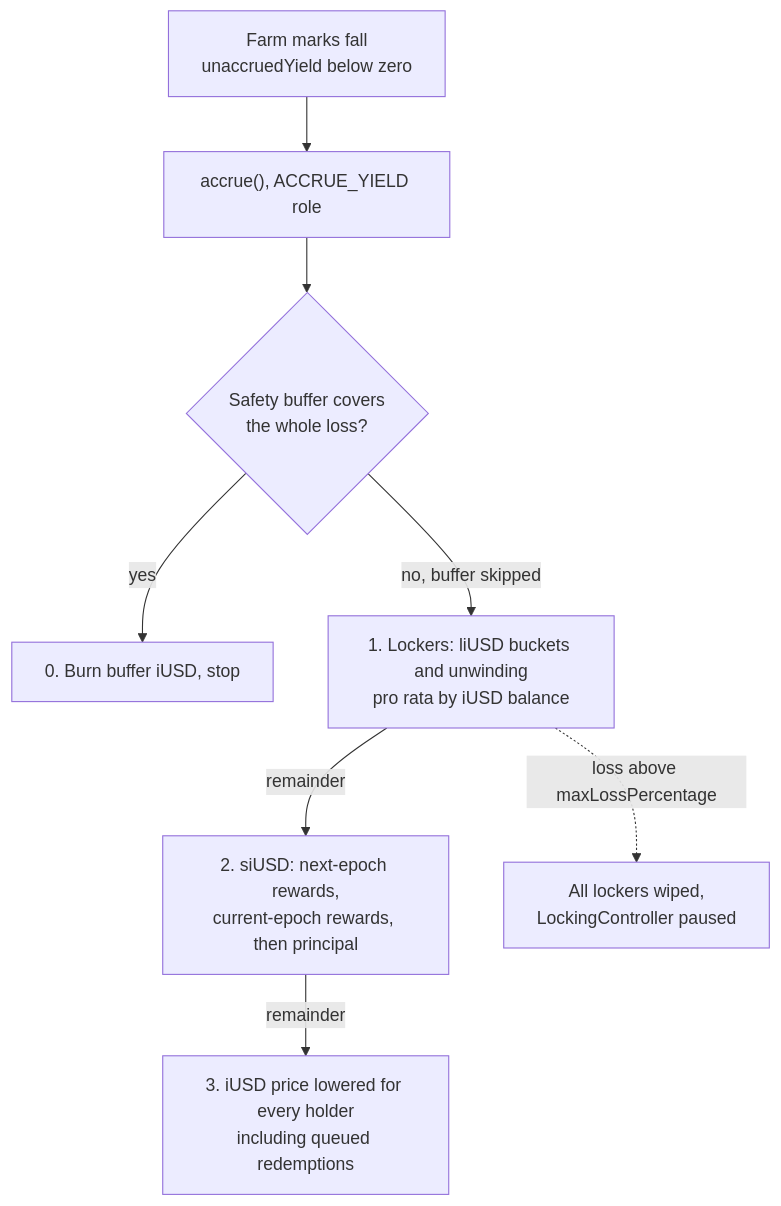
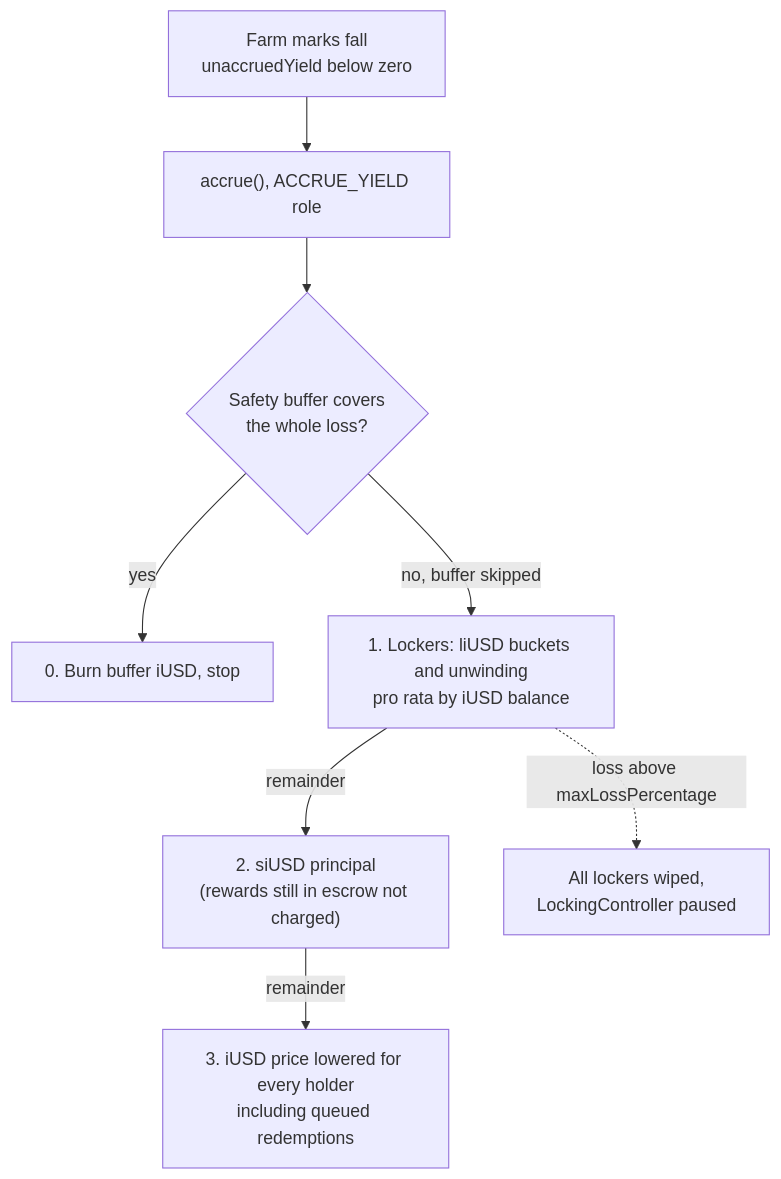
The second of 4 diagrams in _posts/2026-11-16-tranched-stablecoins-loss-waterfall.md (rya-sge/access-denied), drawn with Mermaid before and after one commit. The commit also changed other lines of this file and 57 other files, not shown here.

````diff
--- a/_posts/2026-11-16-tranched-stablecoins-loss-waterfall.md
+++ b/_posts/2026-11-16-tranched-stablecoins-loss-waterfall.md
@@ -131,10 +132,10 @@
 ```mermaid
 flowchart TD
     F["Farm marks fall<br/>unaccruedYield below zero"] --> A["accrue(), ACCRUE_YIELD role"]
     A --> B{"Safety buffer covers<br/>the whole loss?"}
     B -->|"yes"| B1["0. Burn buffer iUSD, stop"]
     B -->|"no, buffer skipped"| L["1. Lockers: liUSD buckets and unwinding<br/>pro rata by iUSD balance"]
-    L -->|"remainder"| S["2. siUSD: next-epoch rewards,<br/>current-epoch rewards, then principal"]
+    L -->|"remainder"| S["2. siUSD principal<br/>(rewards still in escrow not charged)"]
     S -->|"remainder"| P["3. iUSD price lowered for every holder<br/>including queued redemptions"]
     L -.->|"loss above maxLossPercentage"| W["All lockers wiped,<br/>LockingController paused"]
 ```
````
